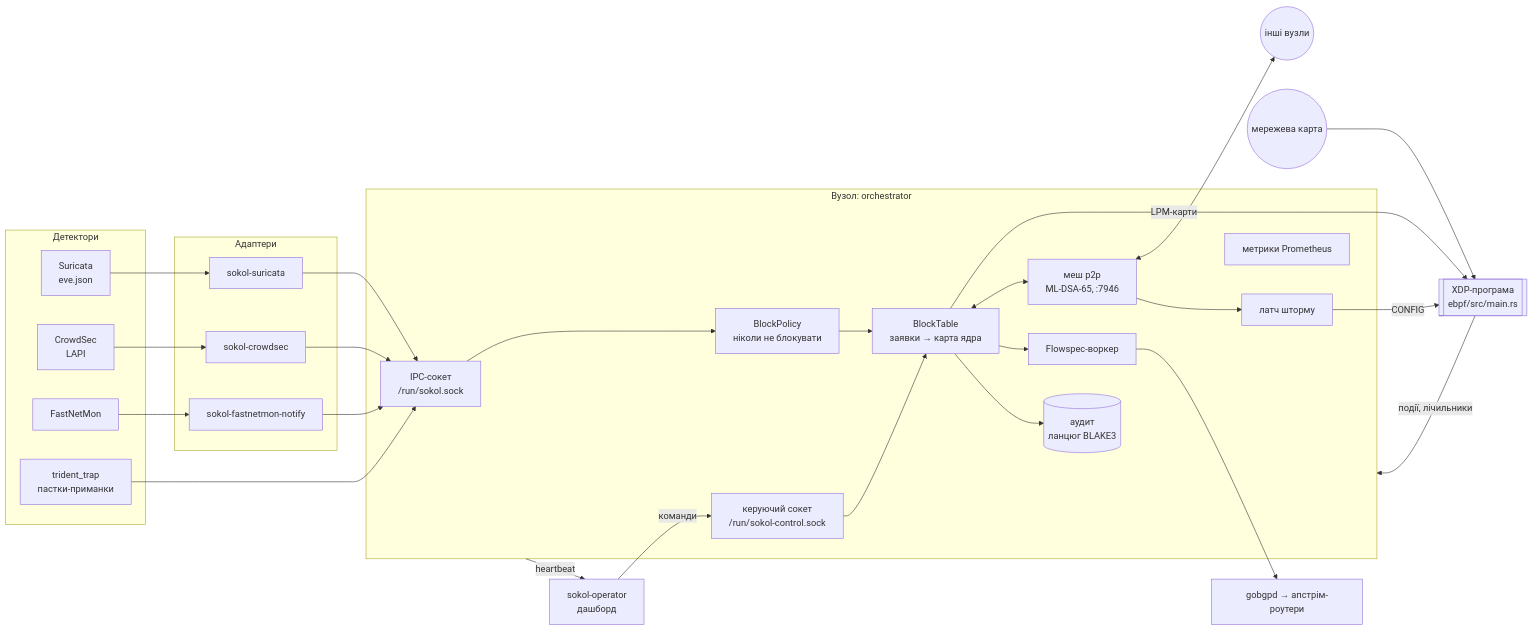
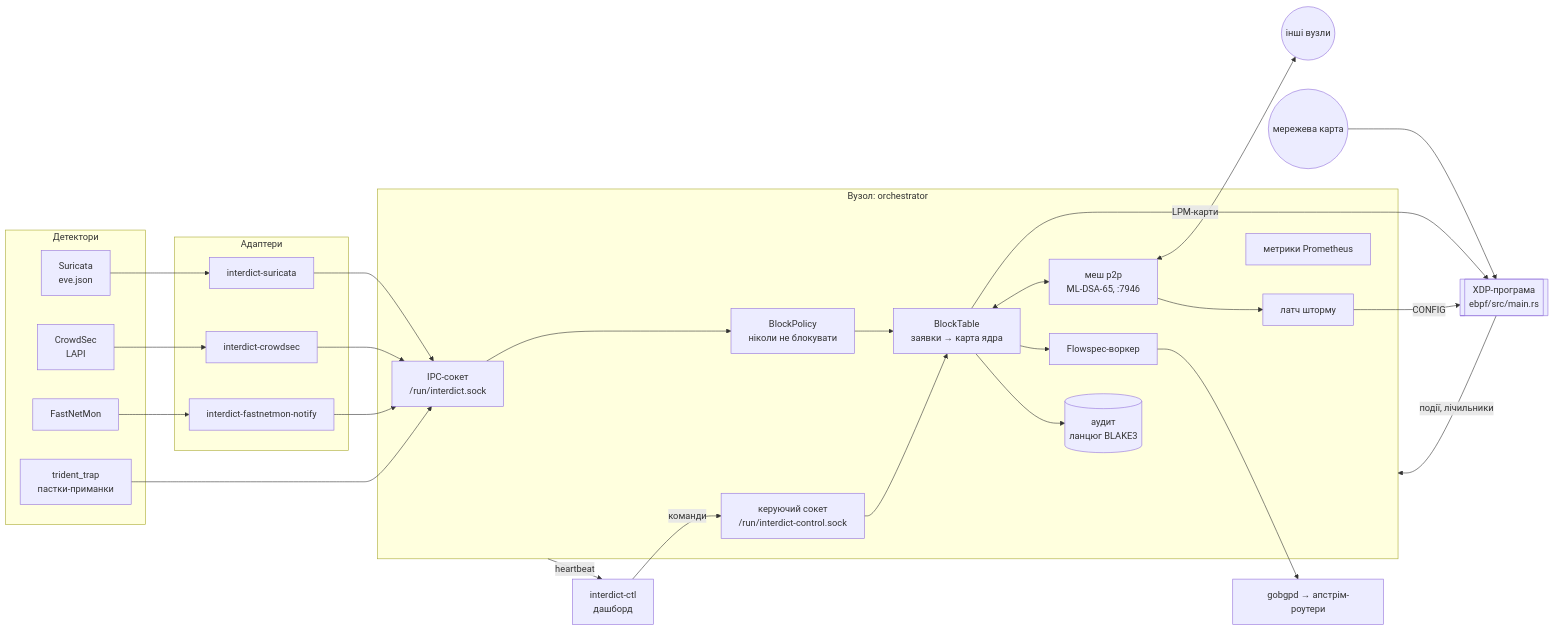
Before and after one commit to s0fractal/interdict-mesh: the first of 5 diagrams in ARCHITECTURE.md, drawn with Mermaid. The commit also changed other lines of this file and 86 other files, not shown here.

````diff
--- a/ARCHITECTURE.md
+++ b/ARCHITECTURE.md
@@ -59,49 +59,49 @@
 ```mermaid
 flowchart LR
     subgraph Detectors["Детектори"]
         SUR["Suricata<br/>eve.json"]
         CS[CrowdSec<br/>LAPI]
         FNM[FastNetMon]
         TRAP[trident_trap<br/>пастки-приманки]
     end
 
     subgraph Adapters["Адаптери"]
-        SA[sokol-suricata]
-        CA[sokol-crowdsec]
-        FA[sokol-fastnetmon-notify]
+        SA[interdict-suricata]
+        CA[interdict-crowdsec]
+        FA[interdict-fastnetmon-notify]
     end
 
     subgraph Node["Вузол: orchestrator"]
-        IPC["IPC-сокет<br/>/run/sokol.sock"]
-        CTL["керуючий сокет<br/>/run/sokol-control.sock"]
+        IPC["IPC-сокет<br/>/run/interdict.sock"]
+        CTL["керуючий сокет<br/>/run/interdict-control.sock"]
         POL[BlockPolicy<br/>ніколи не блокувати]
         BT[BlockTable<br/>заявки → карта ядра]
         AUD[(аудит<br/>ланцюг BLAKE3)]
         MESH[меш p2p<br/>ML-DSA-65, :7946]
         FS[Flowspec-воркер]
         LATCH[латч шторму]
         MET["метрики Prometheus"]
     end
 
     XDP[["XDP-програма<br/>ebpf/src/main.rs"]]
     NIC((мережева карта))
     GOBGP[gobgpd → апстрім-роутери]
-    OP[sokol-operator<br/>дашборд]
+    OP[interdict-ctl<br/>дашборд]
     PEERS((інші вузли))
 
     SUR --> SA --> IPC
     CS --> CA --> IPC
     FNM --> FA --> IPC
     TRAP --> IPC
     IPC --> POL --> BT
     CTL --> BT
     BT -->|LPM-карти| XDP
     NIC --> XDP
     XDP -->|події, лічильники| Node
     BT <--> MESH <--> PEERS
     MESH --> LATCH -->|CONFIG| XDP
     BT --> FS --> GOBGP
     BT --> AUD
     OP -->|команди| CTL
     Node -->|heartbeat| OP
 ```
````
